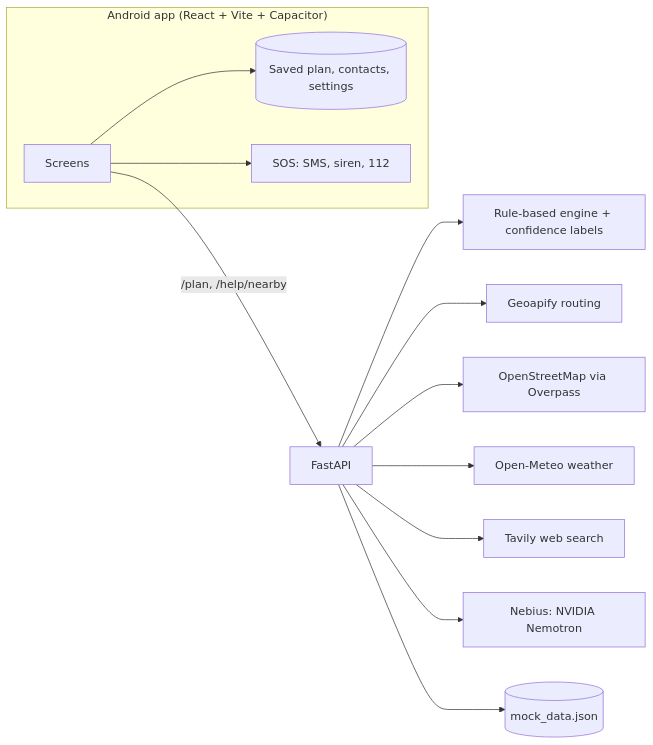
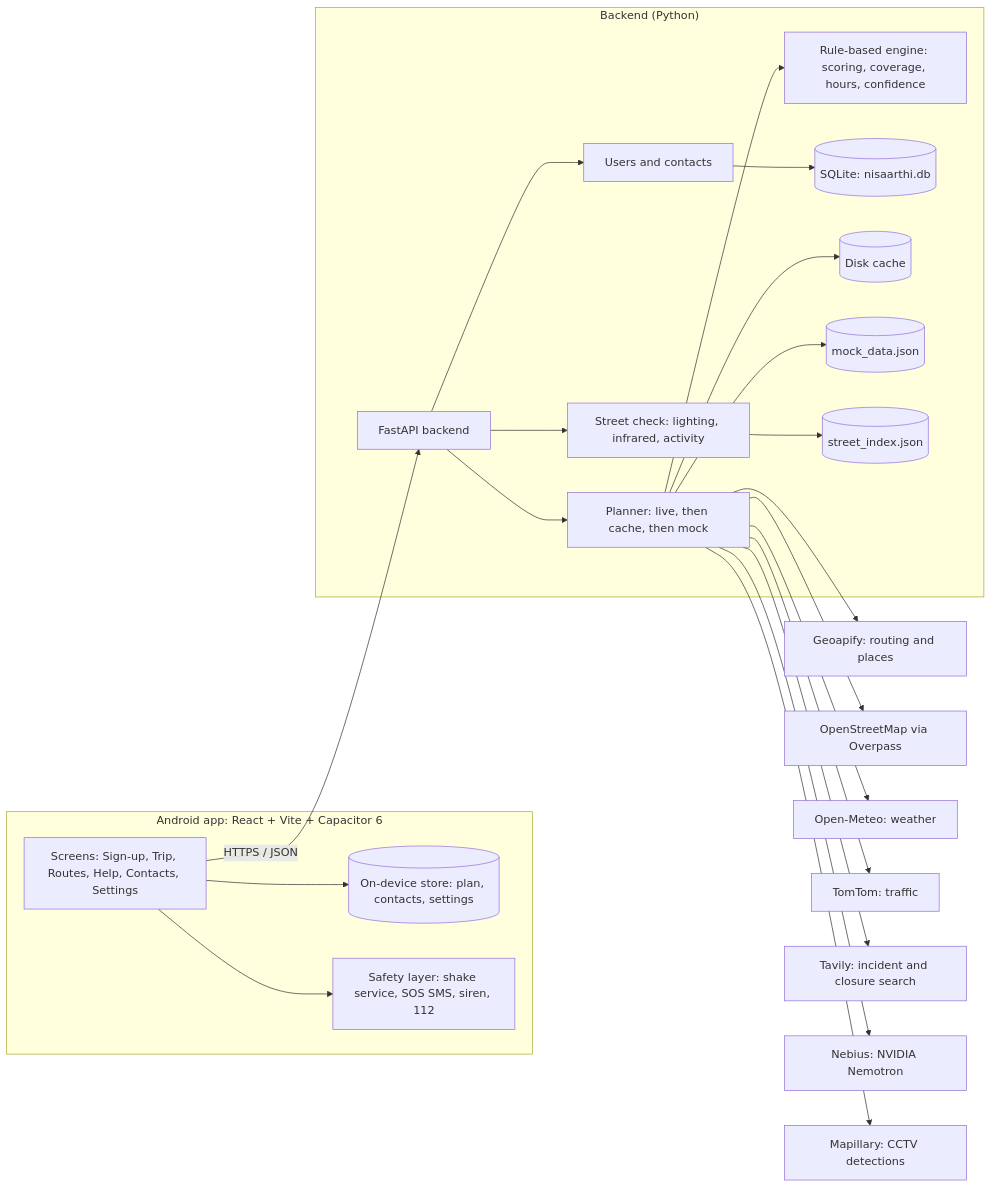
The first of 2 diagrams in README.md (Bhoomirathi28/nisaarthi-IIITN), drawn with Mermaid before and after one commit. The commit also changed other lines of this file and 2 other files, not shown here.

````diff
--- a/README.md
+++ b/README.md
@@ -158,15 +80,31 @@
 ```mermaid
 flowchart LR
-  subgraph Phone["Android app (React + Vite + Capacitor)"]
-    UI[Screens] --> Cache[(Saved plan, contacts, settings)]
-    UI --> SOS[SOS: SMS, siren, 112]
+  subgraph Phone["Android app: React + Vite + Capacitor 6"]
+    UI["Screens: Sign-up, Trip, Routes, Help, Contacts, Settings"]
+    Store[("On-device store: plan, contacts, settings")]
+    SOS["Safety layer: shake service, SOS SMS, siren, 112"]
+    UI --> Store
+    UI --> SOS
   end
-  UI -- /plan, /help/nearby --> API[FastAPI]
-  API --> Engine[Rule-based engine + confidence labels]
-  API --> Geo[Geoapify routing]
-  API --> OSM[OpenStreetMap via Overpass]
-  API --> WX[Open-Meteo weather]
-  API --> TV[Tavily web search]
-  API --> NB[Nebius: NVIDIA Nemotron]
-  API --> Mock[(mock_data.json)]
+
+  UI -->|"HTTPS / JSON"| API["FastAPI backend"]
+
+  subgraph Backend["Backend (Python)"]
+    API --> Planner["Planner: live, then cache, then mock"]
+    Planner --> Engine["Rule-based engine: scoring, coverage, hours, confidence"]
+    API --> Users["Users and contacts"]
+    API --> Vision["Street check: lighting, infrared, activity"]
+    Users --> DB[("SQLite: nisaarthi.db")]
+    Planner --> Cache[("Disk cache")]
+    Planner --> Mock[("mock_data.json")]
+    Vision --> Index[("street_index.json")]
+  end
+
+  Planner --> Geo["Geoapify: routing and places"]
+  Planner --> OSM["OpenStreetMap via Overpass"]
+  Planner --> WX["Open-Meteo: weather"]
+  Planner --> TT["TomTom: traffic"]
+  Planner --> TV["Tavily: incident and closure search"]
+  Planner --> NB["Nebius: NVIDIA Nemotron"]
+  Planner --> MP["Mapillary: CCTV detections"]
 ```
````
